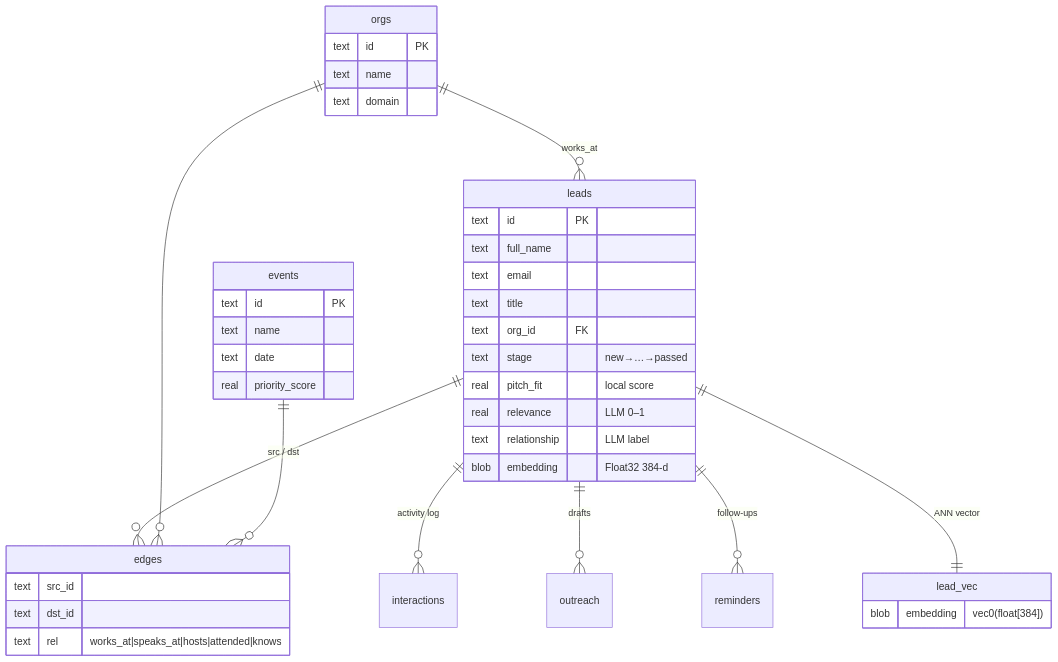
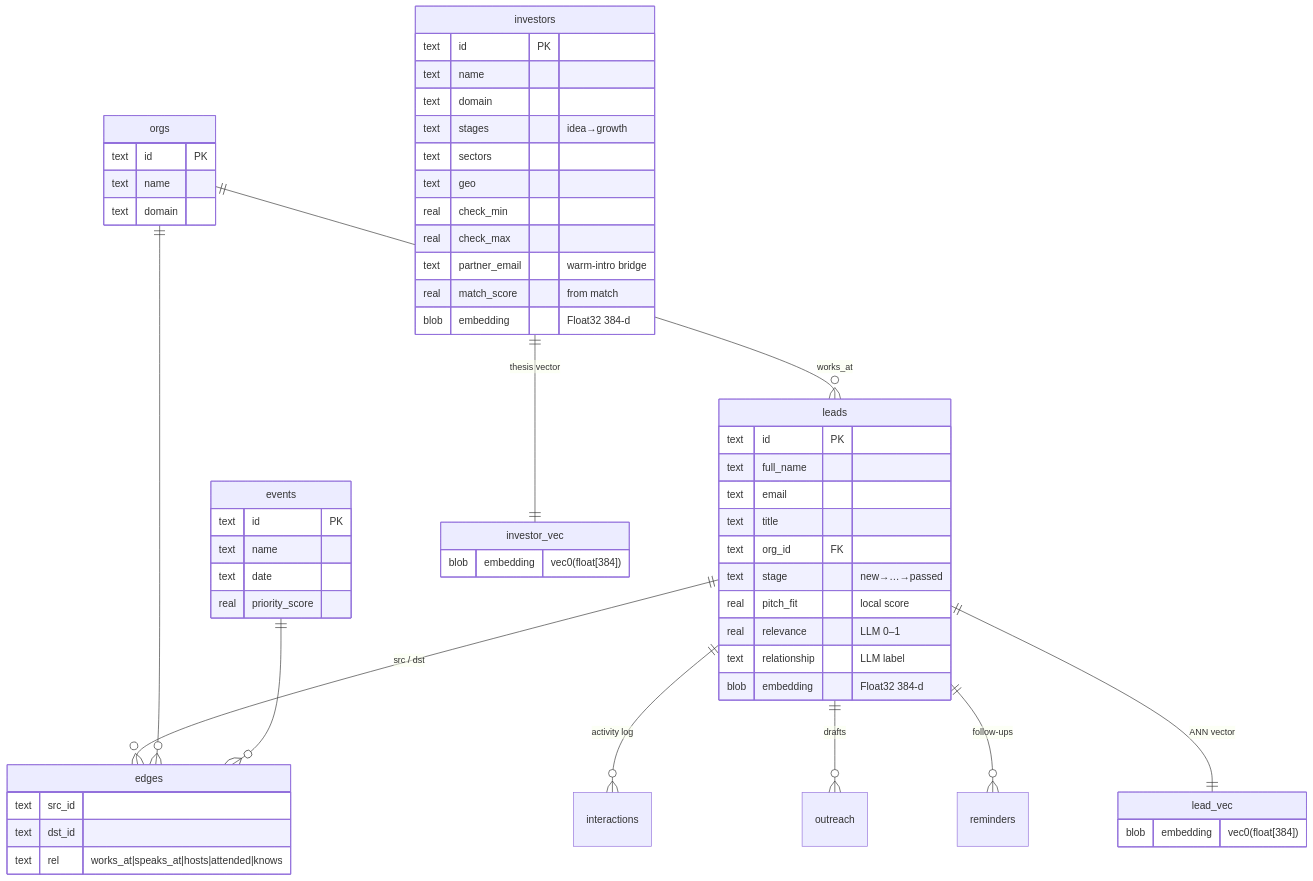
Before and after one commit to ElysiumOSS/lead-osint: the sixth of 8 diagrams in README.md, drawn with Mermaid. The commit also changed other lines of this file and 23 other files, not shown here.

````diff
--- a/README.md
+++ b/README.md
@@ -245,28 +306,44 @@
 ```mermaid
 erDiagram
   orgs   ||--o{ leads        : "works_at"
   leads  ||--o{ edges        : "src / dst"
   orgs   ||--o{ edges        : ""
   events ||--o{ edges        : ""
   leads  ||--o{ interactions : "activity log"
   leads  ||--o{ outreach     : "drafts"
   leads  ||--o{ reminders    : "follow-ups"
   leads  ||--|| lead_vec     : "ANN vector"
 
   leads {
     text id PK
     text full_name
     text email
     text title
     text org_id FK
     text stage "new→…→passed"
     real pitch_fit "local score"
     real relevance "LLM 0–1"
     text relationship "LLM label"
     blob embedding "Float32 384-d"
   }
   orgs   { text id PK  text name  text domain }
   events { text id PK  text name  text date  real priority_score }
   edges  { text src_id  text dst_id  text rel "works_at|speaks_at|hosts|attended|knows" }
   lead_vec { blob embedding "vec0(float[384])" }
+
+  investors ||--|| investor_vec : "thesis vector"
+  investors {
+    text id PK
+    text name
+    text domain
+    text stages "idea→growth"
+    text sectors
+    text geo
+    real check_min
+    real check_max
+    text partner_email "warm-intro bridge"
+    real match_score "from match"
+    blob embedding "Float32 384-d"
+  }
+  investor_vec { blob embedding "vec0(float[384])" }
 ```
````
